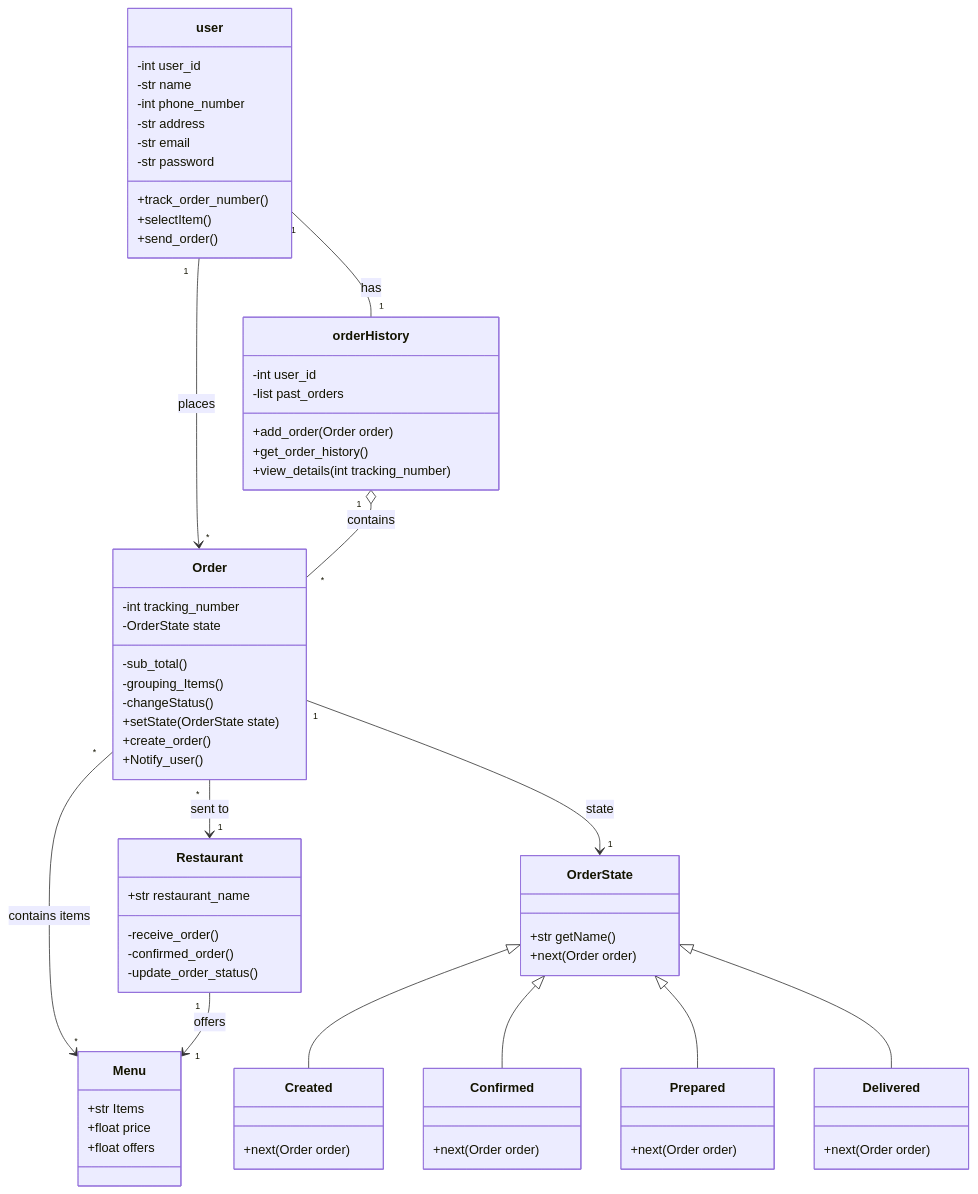
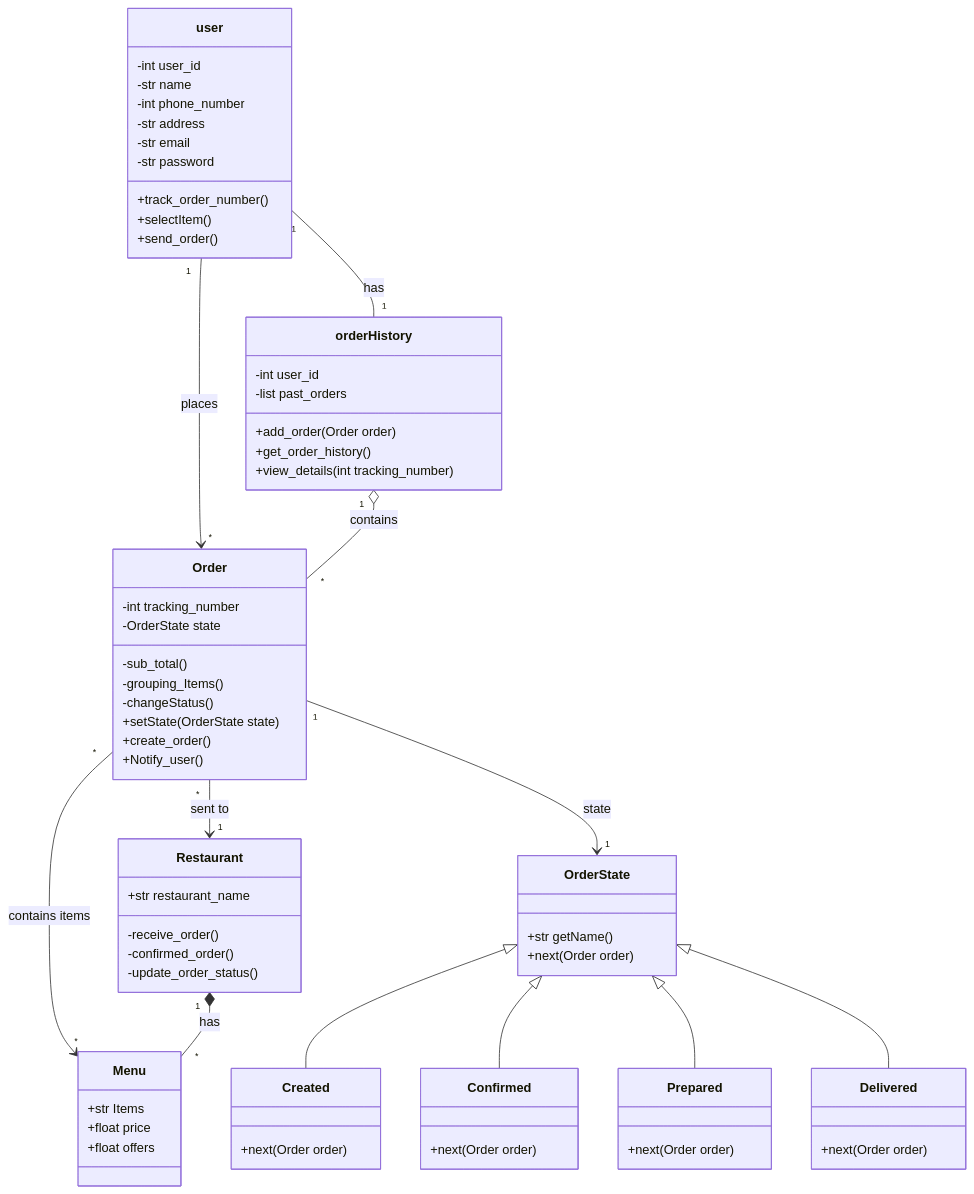
The diagram in taktakah/newclassdiagram.mmd (Tmadeer/Architecture_Plan_For_FoodDeliveryPlatform), drawn with Mermaid before and after one commit.

Commit message:
trying out

```diff
--- a/taktakah/newclassdiagram.mmd
+++ b/taktakah/newclassdiagram.mmd
@@ -1,79 +1,79 @@
 classDiagram
 direction TB
 
     class user {
         -int user_id
         -str name
         -int phone_number
         -str address
         -str email
         -str password
         +track_order_number()
         +selectItem()
         +send_order()
     }
 
     class Menu {
         +str Items
         +float price
         +float offers
     }
 
     class Restaurant {
         +str restaurant_name
         -receive_order()
         -confirmed_order()
         -update_order_status()
     }
 
     class Order {
         -int tracking_number
         -OrderState state
         -sub_total()
         -grouping_Items()
         -changeStatus()
         +setState(OrderState state)
         +create_order()
         +Notify_user()
     }
 
     class orderHistory {
         -int user_id
         -list past_orders
         +add_order(Order order)
         +get_order_history()
         +view_details(int tracking_number)
     }
 
     class OrderState {
         +str getName() 
         +next(Order order)
     }
 
     class Created {
         +next(Order order)
     }
 
     class Confirmed {
         +next(Order order)
     }
 
     class Prepared {
         +next(Order order)
     }
 
     class Delivered {
         +next(Order order)
     }
 
     user "1" --> "*" Order : places
     user "1" -- "1" orderHistory : has
     orderHistory "1" o-- "*" Order : contains
     Order "*" --> "1" Restaurant : sent to
     Order "*" --> "*" Menu : contains items
-    Restaurant "1" --> "1" Menu : offers
+    Restaurant "1" *-- "*" Menu : has
     Order "1" --> "1" OrderState : state
     OrderState <|-- Created
     OrderState <|-- Confirmed
     OrderState <|-- Prepared
     OrderState <|-- Delivered
```
